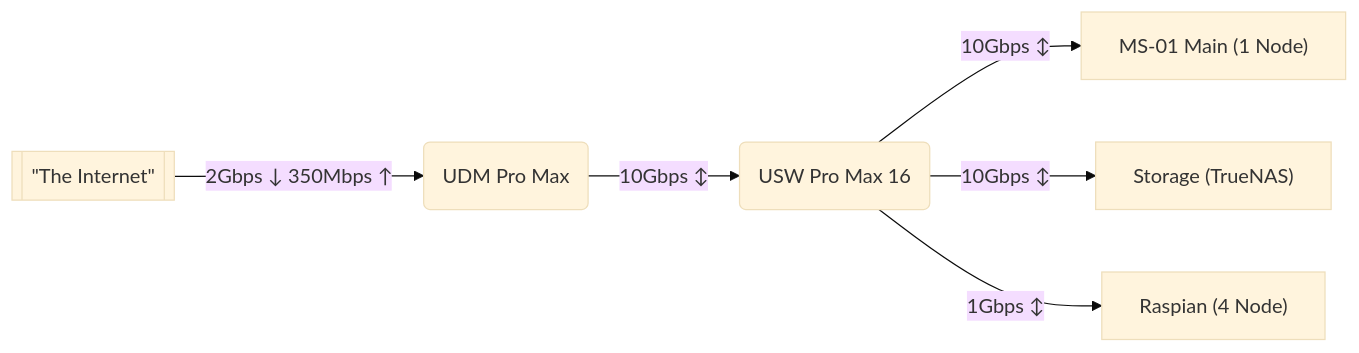
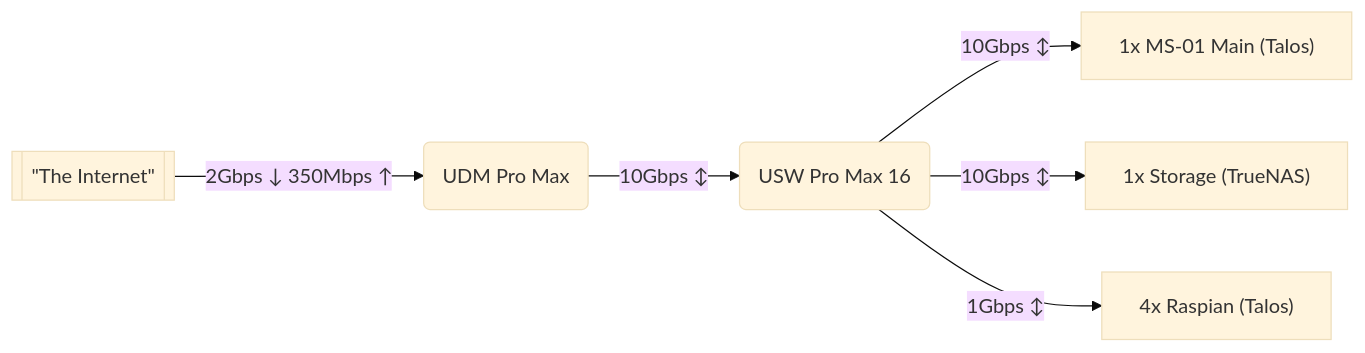
Before and after one commit to kashalls/home-cluster: the diagram in README.md, drawn with Mermaid (base theme).

Commit message:
chore(readme): update network section

````diff
--- a/README.md
+++ b/README.md
@@ -67,8 +67,8 @@
 ```mermaid
 flowchart LR
     A[["#quot;The Internet#quot;"]] -- 2Gbps ↓ 350Mbps  ↑ --> B("UDM Pro Max");
     B -- 10Gbps ↕ --> C("USW Pro Max 16")
-    C -- 10Gbps ↕ --> D["MS-01 Main (1 Node)"]
-    C -- 10Gbps ↕ --> E["Storage (TrueNAS)"]
-    C -- 1Gbps ↕ --> F["Raspian (4 Node)"]
+    C -- 10Gbps ↕ --> D["1x MS-01 Main (Talos)"]
+    C -- 10Gbps ↕ --> E["1x Storage (TrueNAS)"]
+    C -- 1Gbps ↕ --> F["4x Raspian (Talos)"]
 ```
````
